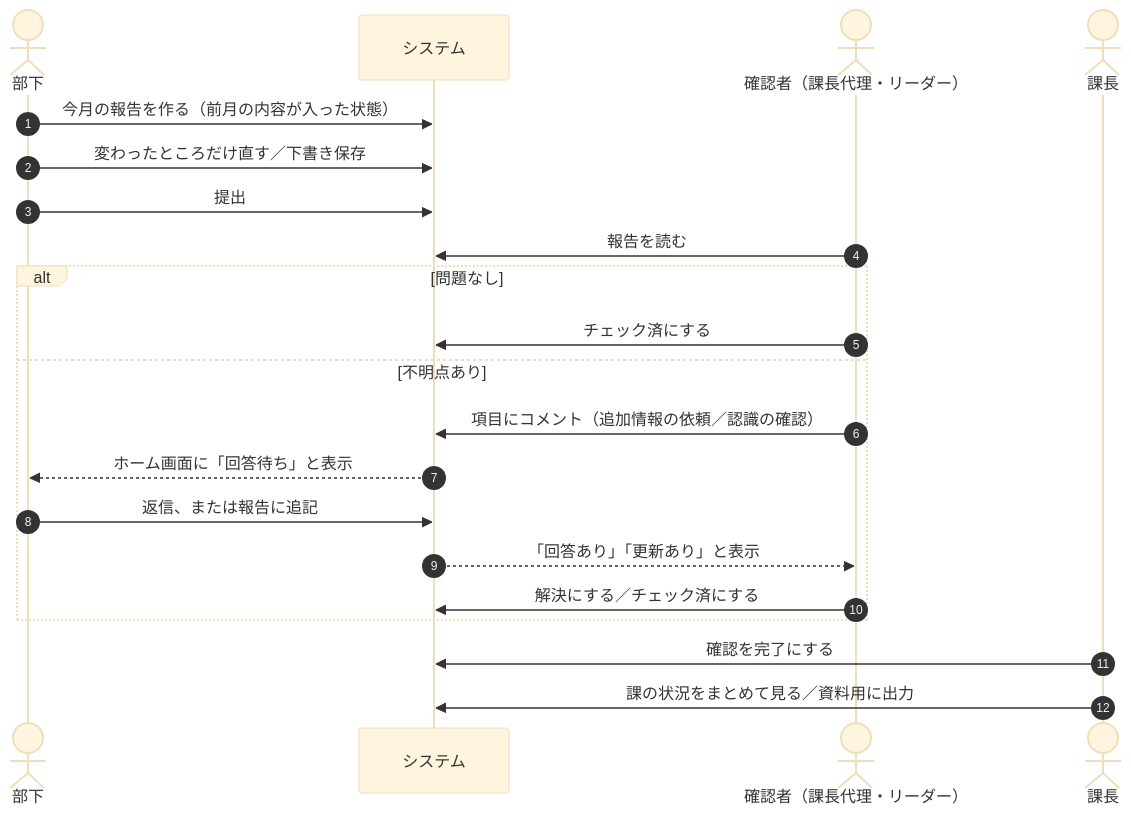
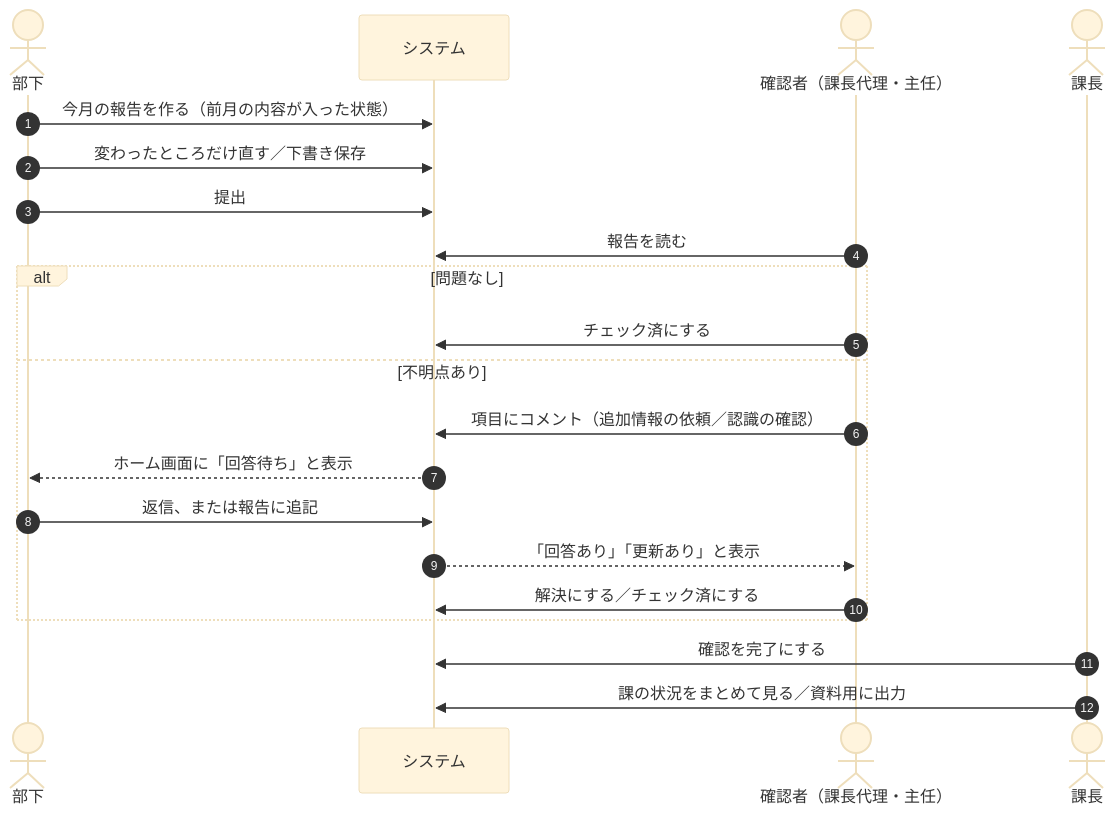
One commit to kazuaki-ishihara/report-system changed the first of 6 diagrams in docs/basic_design.md. Above: the diagram before and after it, drawn with Mermaid (base theme). The commit also changed other lines of this file and 160 other files, not shown here.

````diff
--- a/docs/basic_design.md
+++ b/docs/basic_design.md
@@ -159,24 +160,24 @@
 ```mermaid
 sequenceDiagram
     autonumber
     actor M as 部下
     participant S as システム
-    actor R as 確認者（課長代理・リーダー）
+    actor R as 確認者（課長代理・主任）
     actor K as 課長
 
     M->>S: 今月の報告を作る（前月の内容が入った状態）
     M->>S: 変わったところだけ直す／下書き保存
     M->>S: 提出
     R->>S: 報告を読む
     alt 問題なし
         R->>S: チェック済にする
     else 不明点あり
         R->>S: 項目にコメント（追加情報の依頼／認識の確認）
         S-->>M: ホーム画面に「回答待ち」と表示
         M->>S: 返信、または報告に追記
         S-->>R: 「回答あり」「更新あり」と表示
         R->>S: 解決にする／チェック済にする
     end
     K->>S: 確認を完了にする
     K->>S: 課の状況をまとめて見る／資料用に出力
 ```
````
